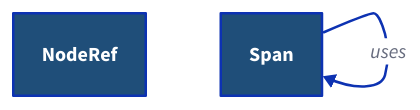
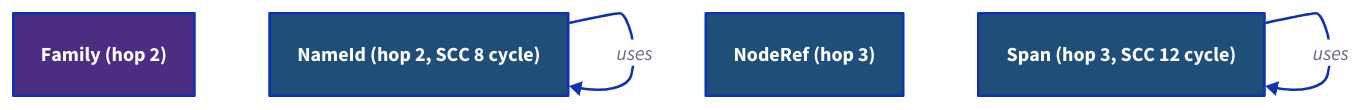
One commit to hafley66/hafley-rs changed the fourth of 4 diagrams in crates/sprefa-extract/plans/0_ryi_end_state_mission.md. Above: the diagram before and after it, drawn with D2. The commit also changed other lines of this file and 2 other files, not shown here.

First line of the commit message:
ryi: layer D2 boards by SCC

````diff
--- a/crates/sprefa-extract/plans/0_ryi_end_state_mission.md
+++ b/crates/sprefa-extract/plans/0_ryi_end_state_mission.md
@@ -275,8 +301,11 @@
 ```d2
 direction: down
 
-src_types_rs__NodeRef: NodeRef { shape: rectangle; style.fill: "#1f4e79"; style.font-color: "#ffffff" }
-src_types_rs__Span: Span { shape: rectangle; style.fill: "#1f4e79"; style.font-color: "#ffffff" }
+src_types_rs__Family: Family (hop 2) { shape: rectangle; style.fill: "#4b2e83"; style.font-color: "#ffffff" }
+src_types_rs__NameId: NameId (hop 2, SCC 8 cycle) { shape: rectangle; style.fill: "#1f4e79"; style.font-color: "#ffffff" }
+src_types_rs__NodeRef: NodeRef (hop 3) { shape: rectangle; style.fill: "#1f4e79"; style.font-color: "#ffffff" }
+src_types_rs__Span: Span (hop 3, SCC 12 cycle) { shape: rectangle; style.fill: "#1f4e79"; style.font-color: "#ffffff" }
 
+src_types_rs__NameId -> src_types_rs__NameId: uses
 src_types_rs__Span -> src_types_rs__Span: uses
 ```
````
